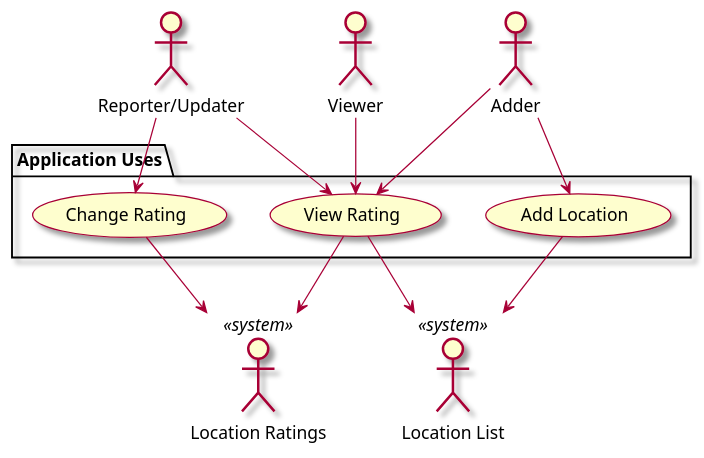
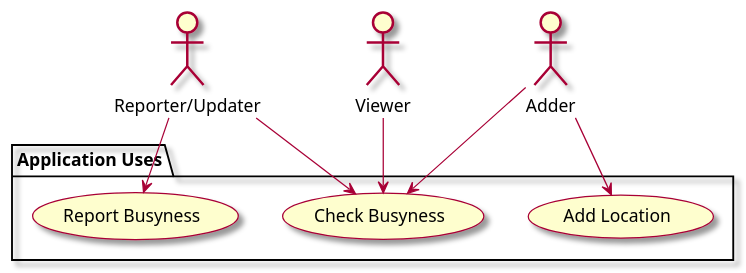
One commit to manoushpajouh/Vassar-Crowdmeter changed the diagram in intellij/documentation/vision.md. Above: the diagram before and after it, drawn with PlantUML.

Commit message:
update diagram with 2 columns

````diff
--- a/intellij/documentation/vision.md
+++ b/intellij/documentation/vision.md
@@ -39,32 +39,27 @@
 ```plantuml
 @startuml
 skin rose 
 
 ' human actors
 actor "Reporter/Updater" as updater
 actor "Viewer" as viewer
 actor "Adder" as adder
 
-' system actors
-actor "Location Ratings" <<system>> as locationRatings
-actor "Location List" <<system>> as allLocations
+
 
 ' list all use cases in package
 package "Application Uses" {
-usecase "View Rating" as viewRate
-usecase "Change Rating" as changeRate
+usecase "Check Busyness" as checkBusy
+usecase "Report Busyness" as reportBusy
 usecase "Add Location" as addLocation
 }
 ' list relationships between actors and use cases
-viewer --> viewRate
-updater --> changeRate
-updater --> viewRate
+viewer --> checkBusy
+updater --> reportBusy
+updater --> checkBusy
 adder --> addLocation
-adder --> viewRate
-changeRate --> locationRatings
-viewRate --> locationRatings
-viewRate --> allLocations
-addLocation--> allLocations
+adder --> checkBusy
+
 
 @enduml
 ```
````
